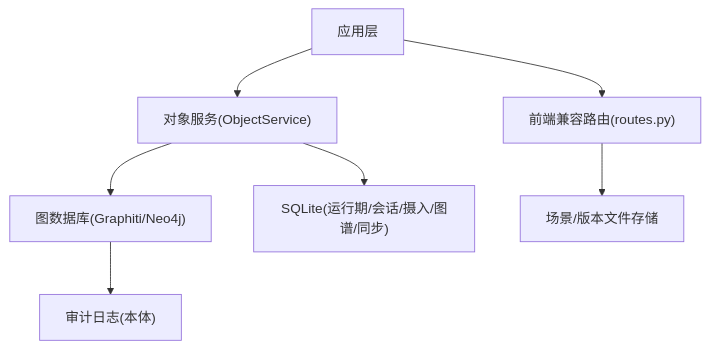
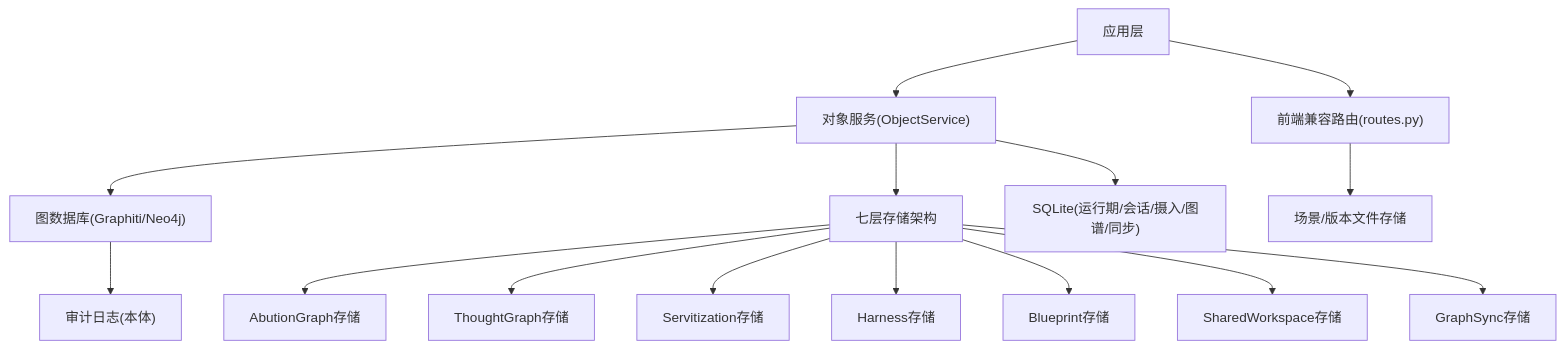
Before and after one commit to inier/ontology-graphiti: the second of 13 diagrams in .qoder/repowiki/zh/content/数据模型/存储策略.md, drawn with Mermaid. The commit also changed other lines of this file and 85 other files, not shown here.

````diff
--- a/.qoder/repowiki/zh/content/数据模型/存储策略.md
+++ b/.qoder/repowiki/zh/content/数据模型/存储策略.md
@@ -116,9 +160,17 @@
 ```mermaid
 graph TB
 A["应用层"] --> B["对象服务(ObjectService)"]
 B --> C["图数据库(Graphiti/Neo4j)"]
-B --> D["SQLite(运行期/会话/摄入/图谱/同步)"]
-A --> E["前端兼容路由(routes.py)"]
-E --> F["场景/版本文件存储"]
-C --> G["审计日志(本体)"]
+B --> D["七层存储架构"]
+D --> E["AbutionGraph存储"]
+D --> F["ThoughtGraph存储"]
+D --> G["Servitization存储"]
+D --> H["Harness存储"]
+D --> I["Blueprint存储"]
+D --> J["SharedWorkspace存储"]
+D --> K["GraphSync存储"]
+B --> L["SQLite(运行期/会话/摄入/图谱/同步)"]
+A --> M["前端兼容路由(routes.py)"]
+M --> N["场景/版本文件存储"]
+C --> O["审计日志(本体)"]
 ```
````
